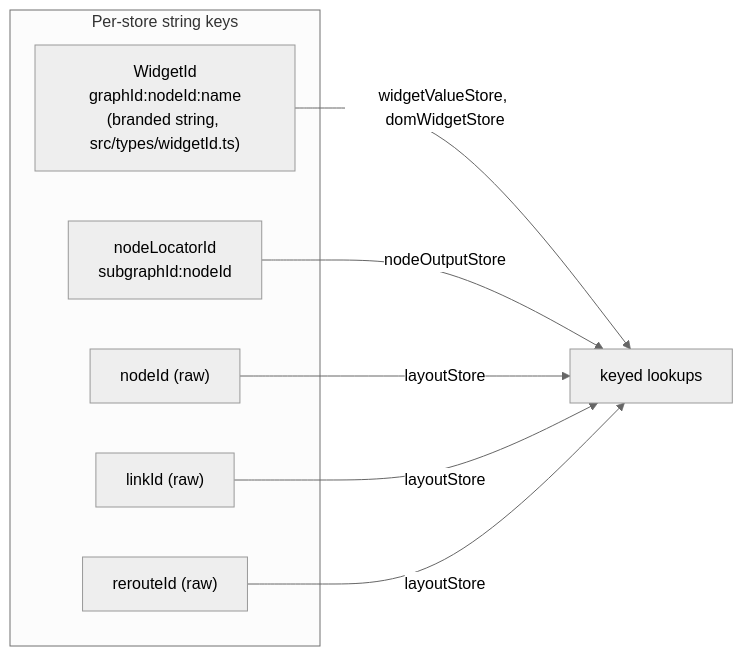
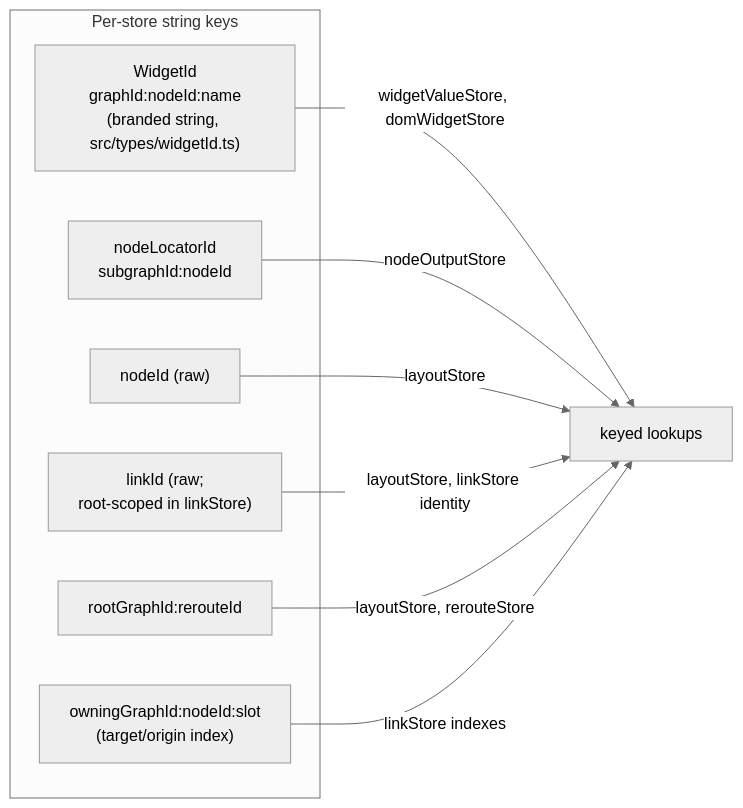
One commit to Comfy-Org/ComfyUI_frontend changed the second of 12 diagrams in docs/architecture/ecs-target-architecture.md. Above: the diagram before and after it, drawn with Mermaid (neutral theme). The commit also changed other lines of this file and 372 other files, not shown here.

````diff
--- a/docs/architecture/ecs-target-architecture.md
+++ b/docs/architecture/ecs-target-architecture.md
@@ -55,19 +62,23 @@
 ```mermaid
 graph LR
     subgraph "Per-store string keys"
         WID["WidgetId
 graphId:nodeId:name
 (branded string, src/types/widgetId.ts)"]
         NLID["nodeLocatorId
 subgraphId:nodeId"]
         NID["nodeId (raw)"]
-        LID["linkId (raw)"]
-        RID["rerouteId (raw)"]
+        LID["linkId (raw;
+root-scoped in linkStore)"]
+        RID["rootGraphId:rerouteId"]
+        EPI["owningGraphId:nodeId:slot
+(target/origin index)"]
     end
 
     WID -->|widgetValueStore, domWidgetStore| W["keyed lookups"]
     NLID -->|nodeOutputStore| W
     NID -->|layoutStore| W
-    LID -->|layoutStore| W
-    RID -->|layoutStore| W
+    LID -->|layoutStore, linkStore identity| W
+    RID -->|layoutStore, rerouteStore| W
+    EPI -->|linkStore indexes| W
 ```
````
